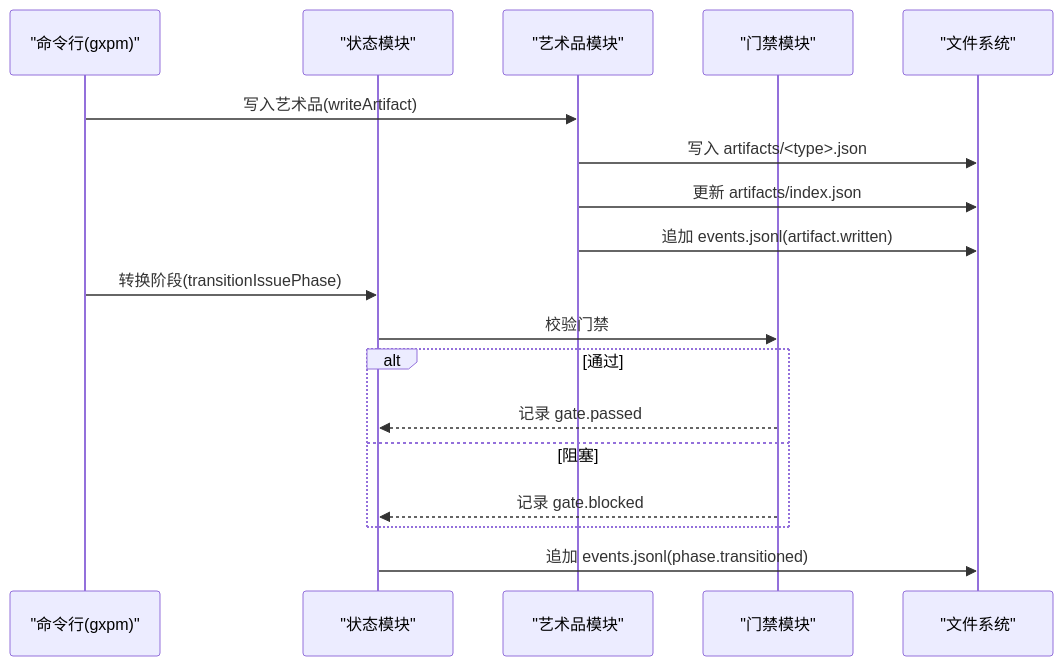
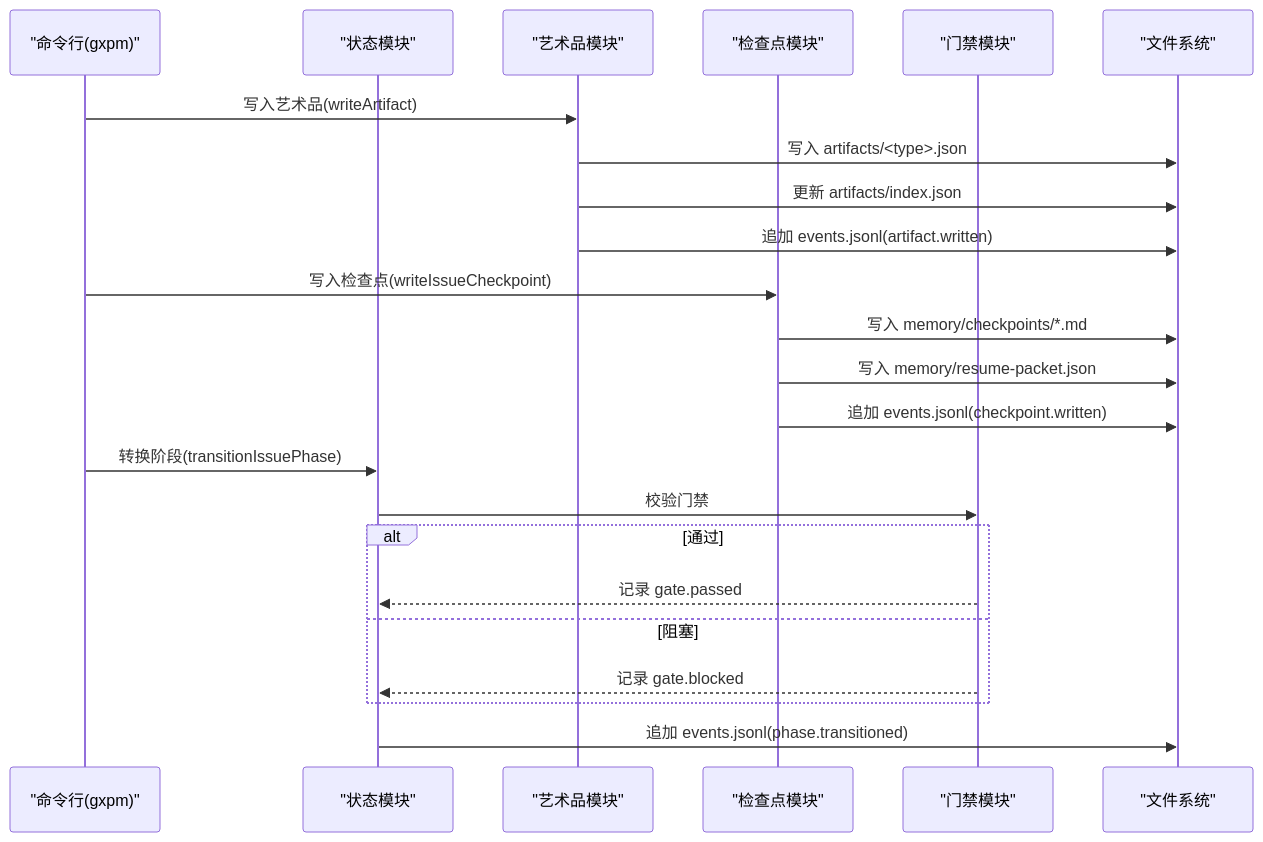
Before and after one commit to laozhong86/gxpm: the fifth of 10 diagrams in .qoder/repowiki/zh/content/核心概念/状态机系统.md, drawn with Mermaid. The commit also changed other lines of this file and 8 other files, not shown here.

````diff
--- a/.qoder/repowiki/zh/content/核心概念/状态机系统.md
+++ b/.qoder/repowiki/zh/content/核心概念/状态机系统.md
@@ -236,20 +285,25 @@
 ```mermaid
 sequenceDiagram
 participant CLI as "命令行(gxpm)"
 participant State as "状态模块"
 participant Art as "艺术品模块"
+participant Check as "检查点模块"
 participant Gate as "门禁模块"
 participant FS as "文件系统"
 CLI->>Art : 写入艺术品(writeArtifact)
 Art->>FS : 写入 artifacts/<type>.json
 Art->>FS : 更新 artifacts/index.json
 Art->>FS : 追加 events.jsonl(artifact.written)
+CLI->>Check : 写入检查点(writeIssueCheckpoint)
+Check->>FS : 写入 memory/checkpoints/*.md
+Check->>FS : 写入 memory/resume-packet.json
+Check->>FS : 追加 events.jsonl(checkpoint.written)
 CLI->>State : 转换阶段(transitionIssuePhase)
 State->>Gate : 校验门禁
 alt 通过
 Gate-->>State : 记录 gate.passed
 else 阻塞
 Gate-->>State : 记录 gate.blocked
 end
 State->>FS : 追加 events.jsonl(phase.transitioned)
 ```
````
